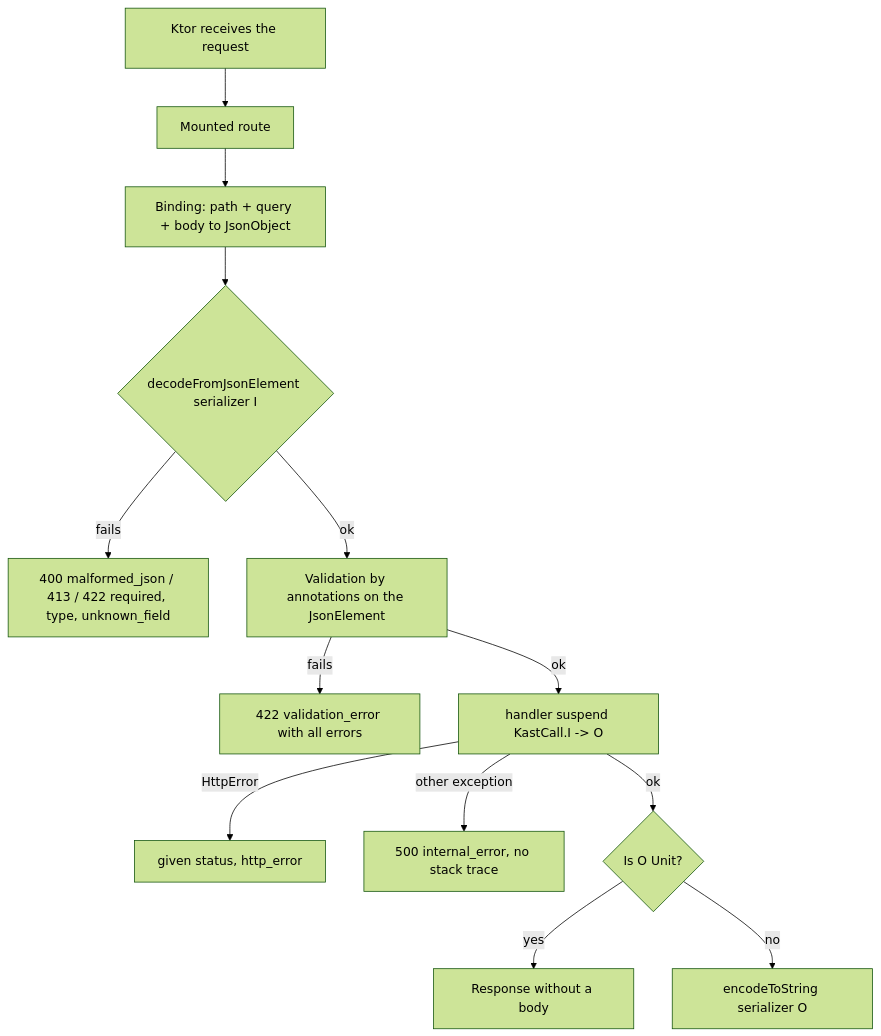
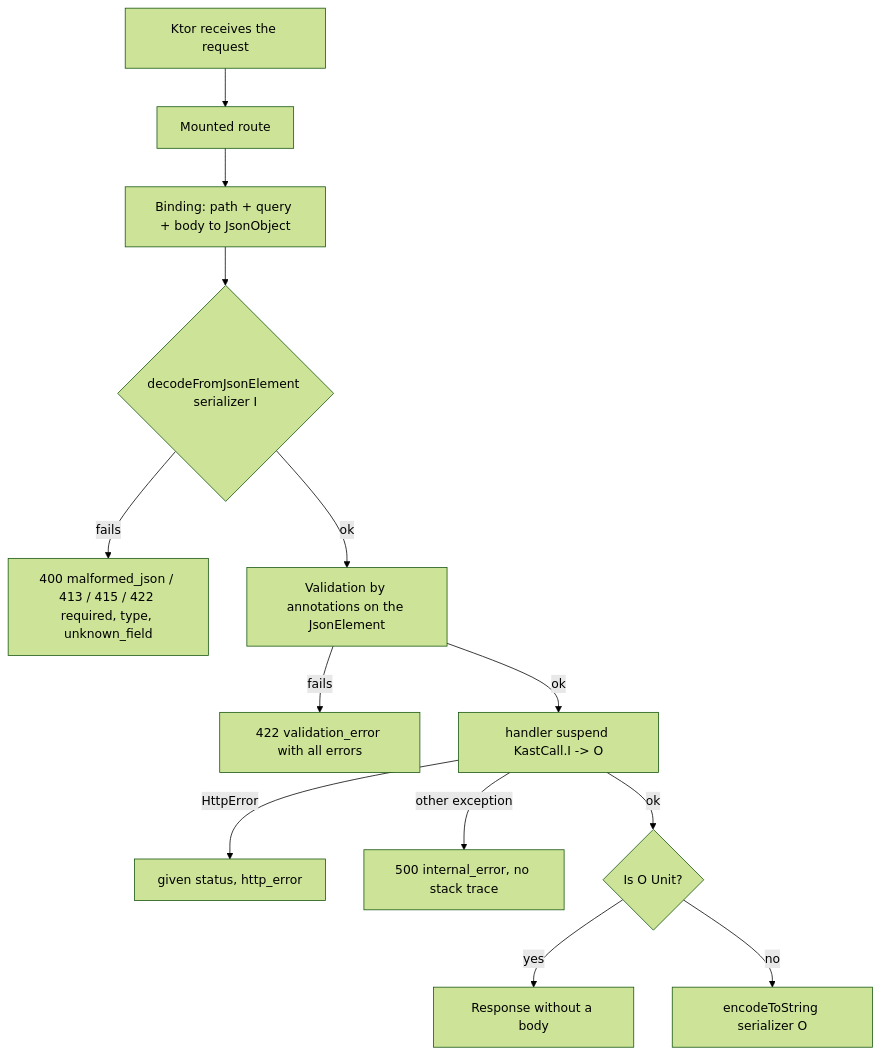
One commit to josedlujan/kastapi changed the third of 4 diagrams in docs/ARCHITECTURE.md. Above: the diagram before and after it, drawn with Mermaid (forest theme). The commit also changed other lines of this file and 5 other files, not shown here.

````diff
--- a/docs/ARCHITECTURE.md
+++ b/docs/ARCHITECTURE.md
@@ -129,15 +129,15 @@
 ```mermaid
 flowchart TD
     A[Ktor receives the request] --> B[Mounted route]
     B --> C[Binding: path + query + body to JsonObject]
     C --> D{decodeFromJsonElement serializer I}
-    D -- fails --> E1[400 malformed_json / 413 / 422 required, type, unknown_field]
+    D -- fails --> E1[400 malformed_json / 413 / 415 / 422 required, type, unknown_field]
     D -- ok --> F[Validation by annotations on the JsonElement]
     F -- fails --> E2[422 validation_error with all errors]
     F -- ok --> G[handler suspend KastCall.I -> O]
     G -- HttpError --> E3[given status, http_error]
     G -- other exception --> E4[500 internal_error, no stack trace]
     G -- ok --> H{Is O Unit?}
     H -- yes --> I[Response without a body]
     H -- no --> J[encodeToString serializer O]
 ```
````
